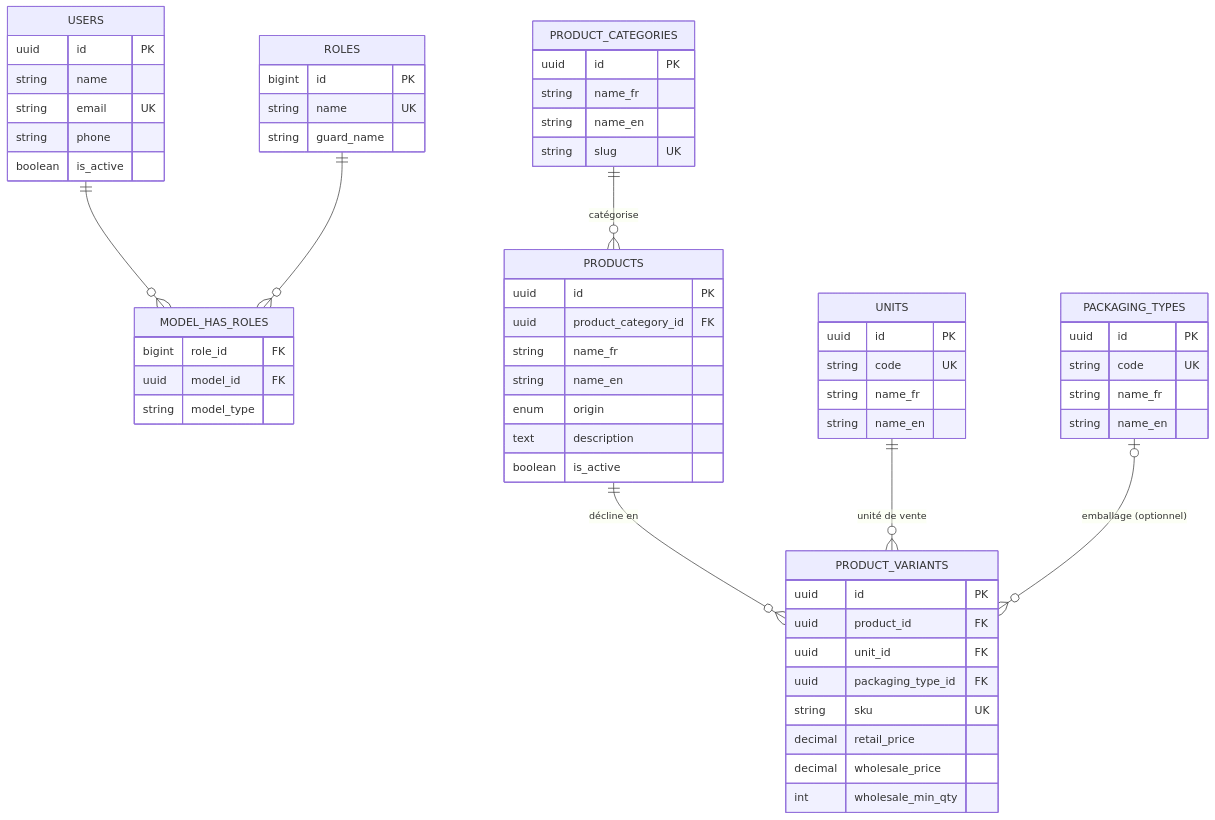
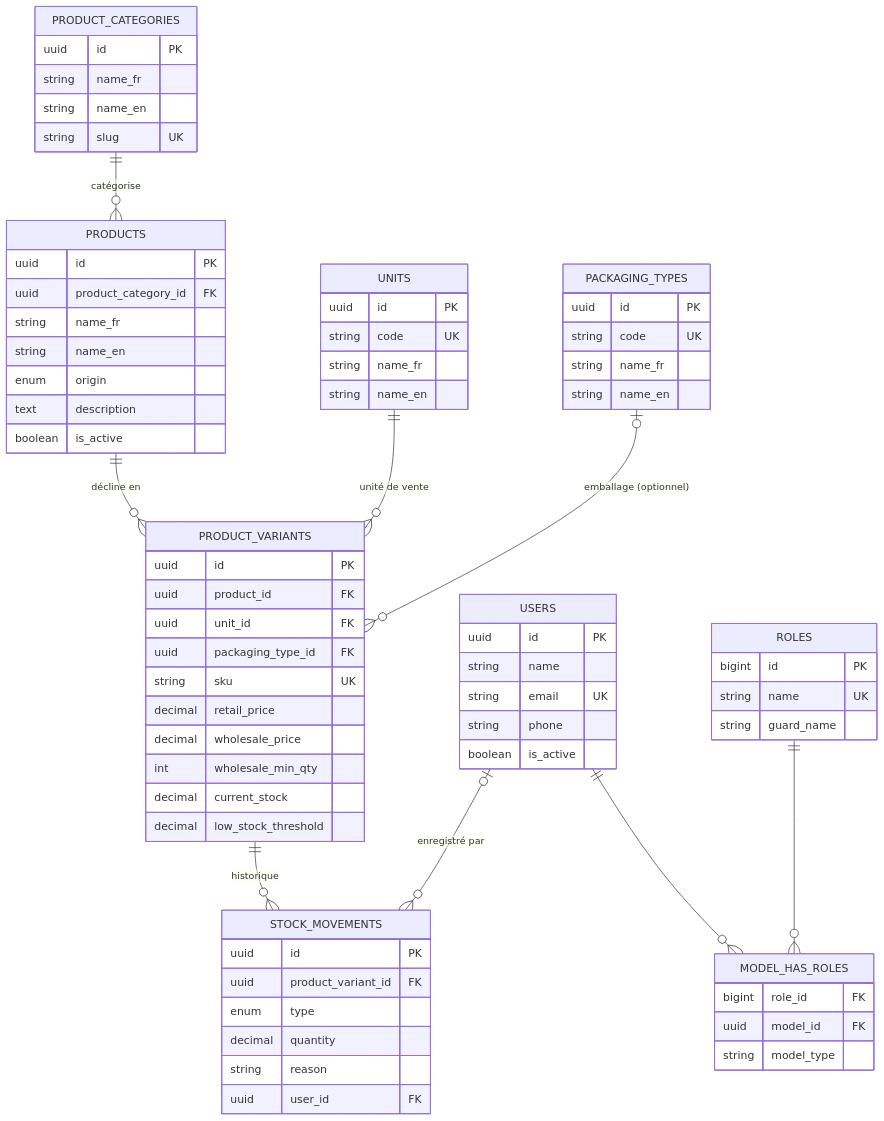
Before and after one commit to gabrielbygas/kolori: the diagram in CLAUDE.md, drawn with Mermaid. The commit also changed other lines of this file and 26 other files, not shown here.

````diff
--- a/CLAUDE.md
+++ b/CLAUDE.md
@@ -54,64 +54,76 @@
 ```mermaid
 erDiagram
     USERS ||--o{ MODEL_HAS_ROLES : ""
     ROLES ||--o{ MODEL_HAS_ROLES : ""
     PRODUCT_CATEGORIES ||--o{ PRODUCTS : "catégorise"
     PRODUCTS ||--o{ PRODUCT_VARIANTS : "décline en"
     UNITS ||--o{ PRODUCT_VARIANTS : "unité de vente"
     PACKAGING_TYPES |o--o{ PRODUCT_VARIANTS : "emballage (optionnel)"
+    PRODUCT_VARIANTS ||--o{ STOCK_MOVEMENTS : "historique"
+    USERS |o--o{ STOCK_MOVEMENTS : "enregistré par"
 
     USERS {
         uuid id PK
         string name
         string email UK
         string phone
         boolean is_active
     }
     ROLES {
         bigint id PK
         string name UK
         string guard_name
     }
     MODEL_HAS_ROLES {
         bigint role_id FK
         uuid model_id FK
         string model_type
     }
     PRODUCT_CATEGORIES {
         uuid id PK
         string name_fr
         string name_en
         string slug UK
     }
     UNITS {
         uuid id PK
         string code UK
         string name_fr
         string name_en
     }
     PACKAGING_TYPES {
         uuid id PK
         string code UK
         string name_fr
         string name_en
     }
     PRODUCTS {
         uuid id PK
         uuid product_category_id FK
         string name_fr
         string name_en
         enum origin
         text description
         boolean is_active
     }
     PRODUCT_VARIANTS {
         uuid id PK
         uuid product_id FK
         uuid unit_id FK
         uuid packaging_type_id FK
         string sku UK
         decimal retail_price
         decimal wholesale_price
         int wholesale_min_qty
+        decimal current_stock
+        decimal low_stock_threshold
+    }
+    STOCK_MOVEMENTS {
+        uuid id PK
+        uuid product_variant_id FK
+        enum type
+        decimal quantity
+        string reason
+        uuid user_id FK
     }
 ```
````
